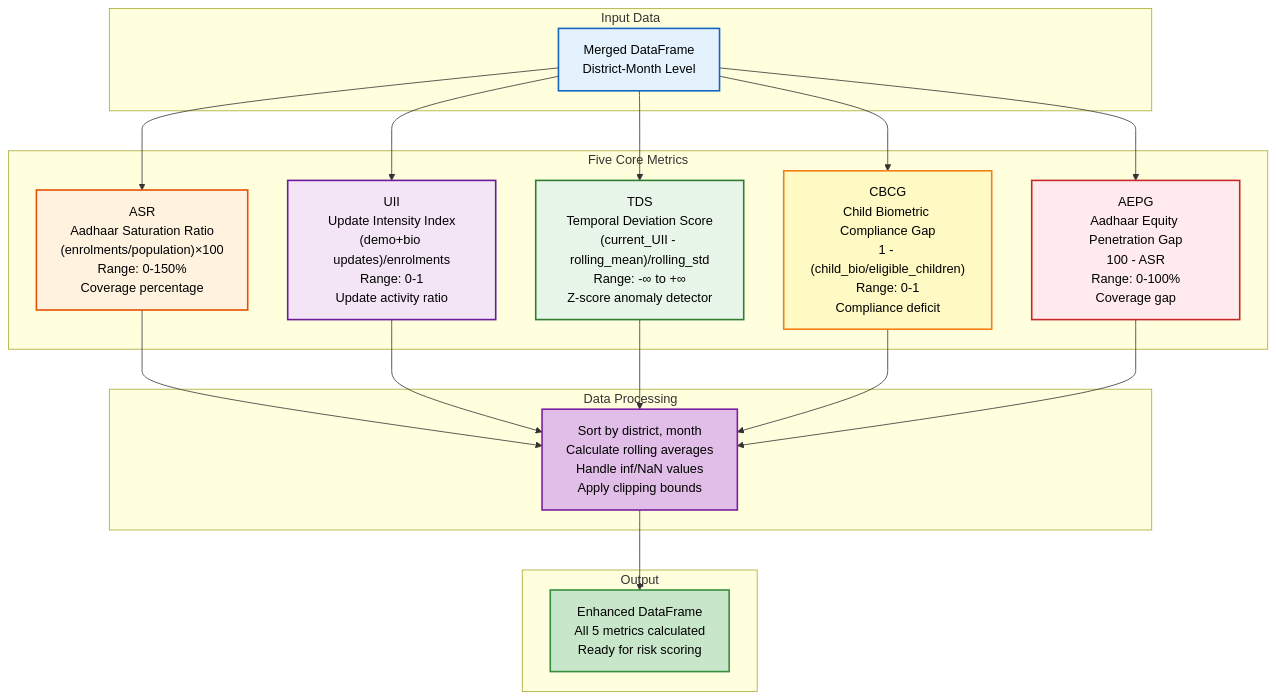
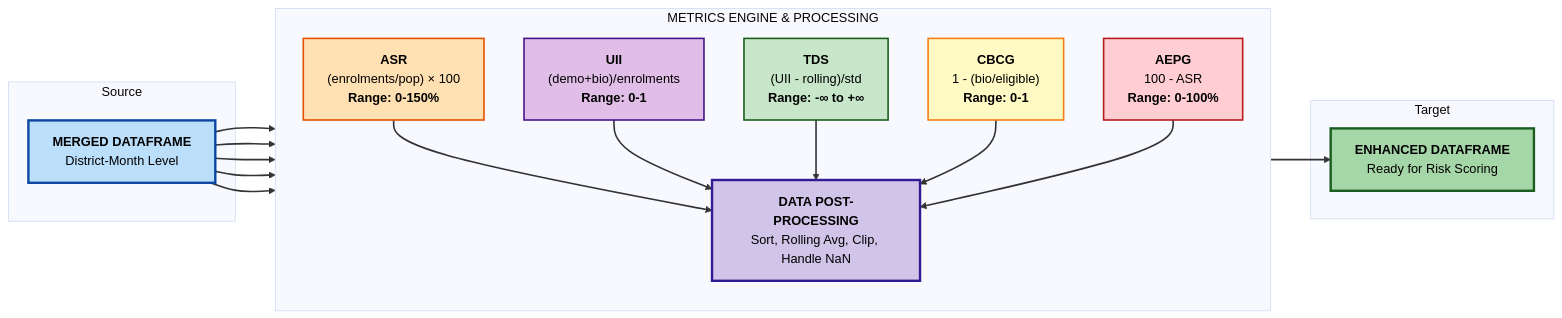
One commit to saishankar404/aadhaar-insights changed the second of 6 diagrams in submission.md. Above: the diagram before and after it, drawn with Mermaid. The commit also changed other lines of this file, not shown here.

Commit message:
Refactor mermaid diagrams in submission.md
Updated mermaid diagrams for data flow and metrics processing.

````diff
--- a/submission.md
+++ b/submission.md
@@ -296,45 +296,40 @@
 ```mermaid
-graph TB
-    subgraph Input[" Input Data "]
-        A["Merged DataFrame<br/>District-Month Level"]
+%%{init: {'theme': 'base', 'themeVariables': { 'fontSize': '16px', 'fontFamily': 'inter'}}}%%
+graph LR
+    subgraph Input ["Source"]
+        A["<b>MERGED DATAFRAME</b><br/>District-Month Level"]
     end
     
-    subgraph Metrics[" Five Core Metrics "]
-        B["ASR<br/>Aadhaar Saturation Ratio<br/>(enrolments/population)×100<br/>Range: 0-150%<br/>Coverage percentage"]
-        C["UII<br/>Update Intensity Index<br/>(demo+bio updates)/enrolments<br/>Range: 0-1<br/>Update activity ratio"]
-        D["TDS<br/>Temporal Deviation Score<br/>(current_UII - rolling_mean)/rolling_std<br/>Range: -∞ to +∞<br/>Z-score anomaly detector"]
-        E["CBCG<br/>Child Biometric Compliance Gap<br/>1 - (child_bio/eligible_children)<br/>Range: 0-1<br/>Compliance deficit"]
-        F["AEPG<br/>Aadhaar Equity Penetration Gap<br/>100 - ASR<br/>Range: 0-100%<br/>Coverage gap"]
+    subgraph Logic ["METRICS ENGINE & PROCESSING"]
+        direction TB
+        M1["<b>ASR</b><br/>(enrolments/pop) × 100<br/><b>Range: 0-150%</b>"]
+        M2["<b>UII</b><br/>(demo+bio)/enrolments<br/><b>Range: 0-1</b>"]
+        M3["<b>TDS</b><br/>(UII - rolling)/std<br/><b>Range: -∞ to +∞</b>"]
+        M4["<b>CBCG</b><br/>1 - (bio/eligible)<br/><b>Range: 0-1</b>"]
+        M5["<b>AEPG</b><br/>100 - ASR<br/><b>Range: 0-100%</b>"]
+        
+        G["<b>DATA POST-PROCESSING</b><br/>Sort, Rolling Avg, Clip, Handle NaN"]
+        
+        M1 & M2 & M3 & M4 & M5 ==> G
     end
     
-    subgraph Processing[" Data Processing "]
-        G["Sort by district, month<br/>Calculate rolling averages<br/>Handle inf/NaN values<br/>Apply clipping bounds"]
+    subgraph Output ["Target"]
+        H["<b>ENHANCED DATAFRAME</b><br/>Ready for Risk Scoring"]
     end
     
-    subgraph Output[" Output "]
-        H["Enhanced DataFrame<br/>All 5 metrics calculated<br/>Ready for risk scoring"]
-    end
+    A ==> M1 & M2 & M3 & M4 & M5
+    G ==> H
     
-    A --> B
-    A --> C
-    A --> D
-    A --> E
-    A --> F
-    
-    B --> G
-    C --> G
-    D --> G
-    E --> G
-    F --> G
-    
-    G --> H
-    
-    style A fill:#e3f2fd,stroke:#1565c0,stroke-width:2px,color:#000
-    style B fill:#fff3e0,stroke:#e65100,stroke-width:2px,color:#000
-    style C fill:#f3e5f5,stroke:#6a1b9a,stroke-width:2px,color:#000
-    style D fill:#e8f5e9,stroke:#2e7d32,stroke-width:2px,color:#000
-    style E fill:#fff9c4,stroke:#f57f17,stroke-width:2px,color:#000
-    style F fill:#ffebee,stroke:#c62828,stroke-width:2px,color:#000
-    style G fill:#e1bee7,stroke:#7b1fa2,stroke-width:2px,color:#000
-    style H fill:#c8e6c9,stroke:#388e3c,stroke-width:2px,color:#000
+    %% High-Contrast Styling
+    style A fill:#BBDEFB,stroke:#0D47A1,stroke-width:3px,color:#000
+    style M1 fill:#FFE0B2,stroke:#E65100,stroke-width:2px,color:#000
+    style M2 fill:#E1BEE7,stroke:#4A148C,stroke-width:2px,color:#000
+    style M3 fill:#C8E6C9,stroke:#1B5E20,stroke-width:2px,color:#000
+    style M4 fill:#FFF9C4,stroke:#F57F17,stroke-width:2px,color:#000
+    style M5 fill:#FFCDD2,stroke:#B71C1C,stroke-width:2px,color:#000
+    style G fill:#D1C4E9,stroke:#311B92,stroke-width:3px,color:#000
+    style H fill:#A5D6A7,stroke:#1B5E20,stroke-width:3px,color:#000
+
+    %% Link Styling
+    linkStyle default stroke:#333,stroke-width:2px;
 ```
````
